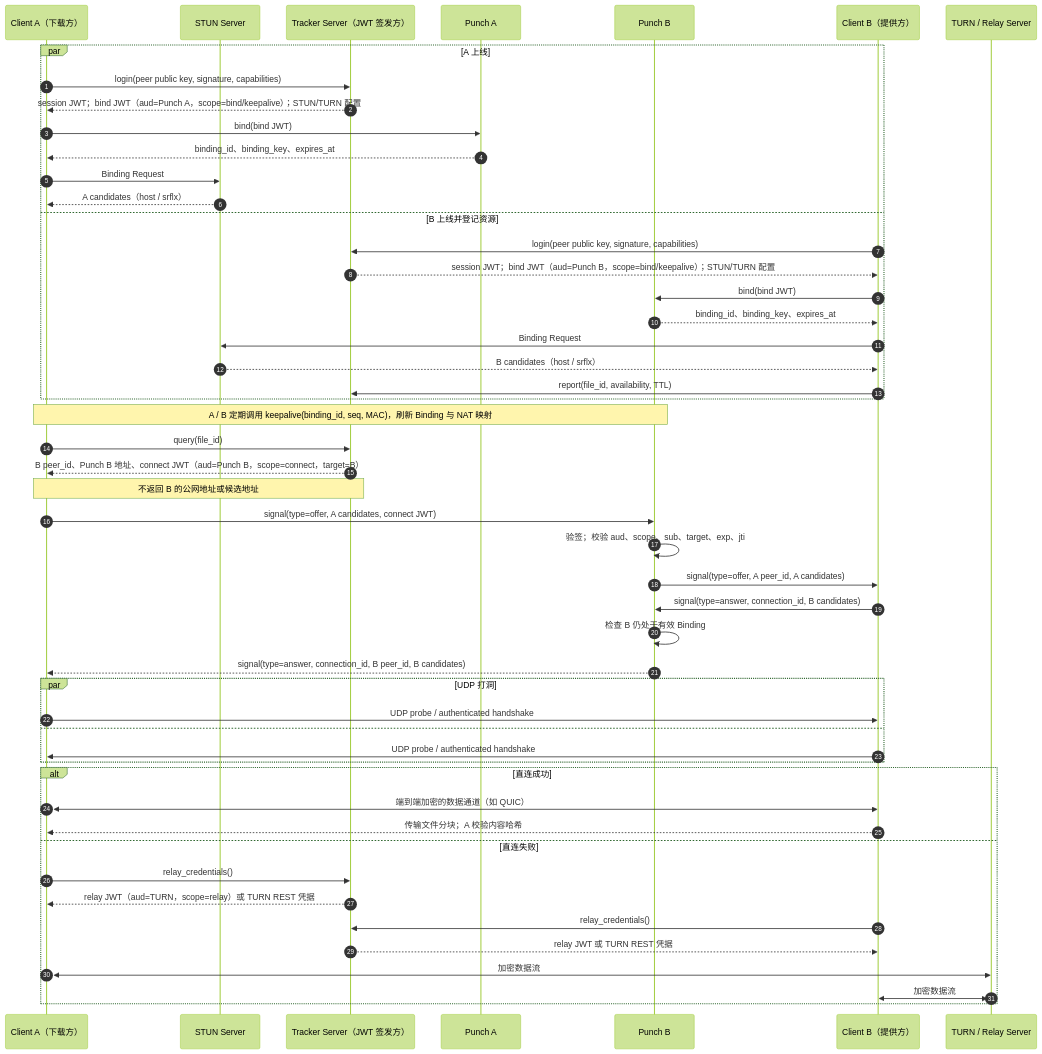
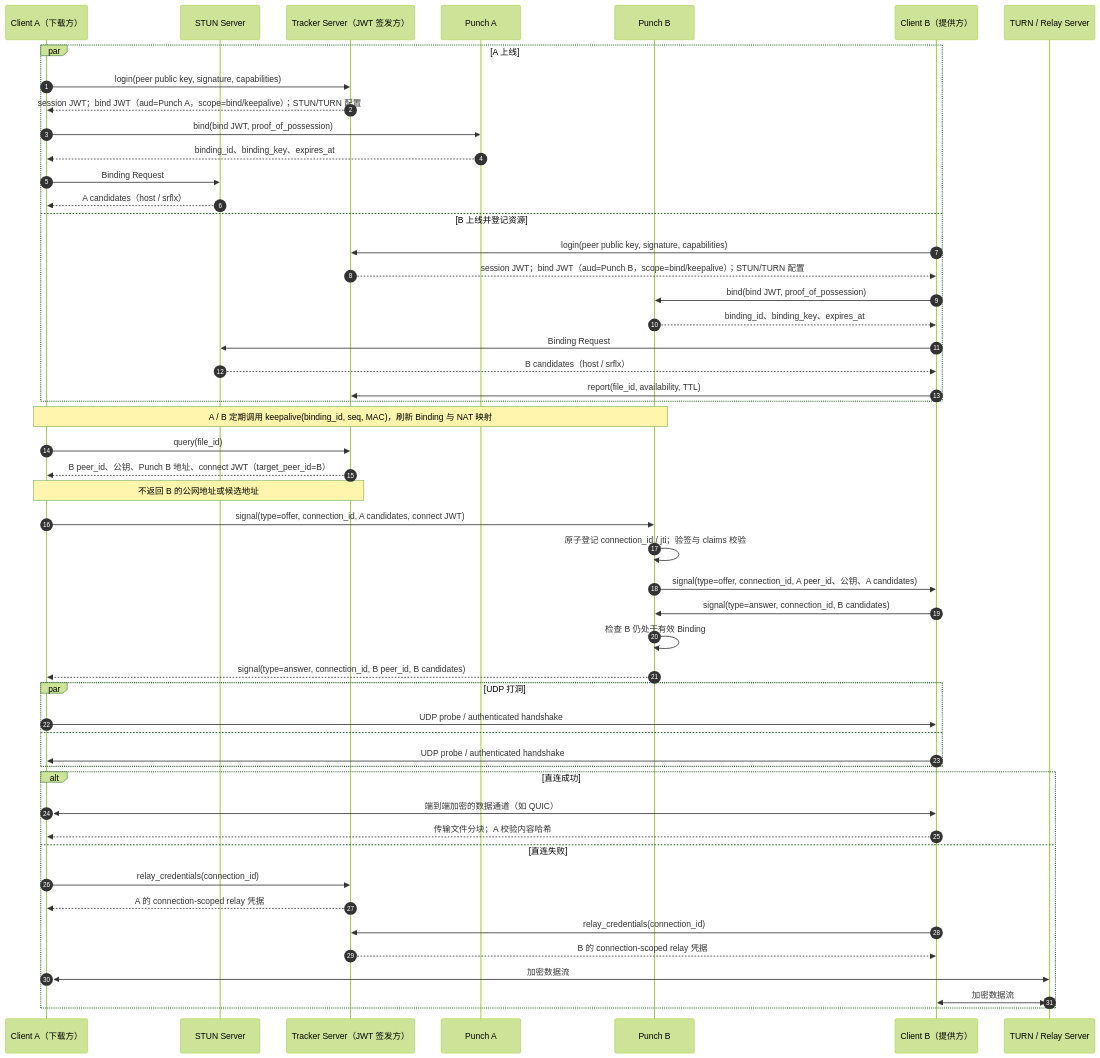
The diagram in DESIGN.md (mivinci/p2p), drawn with Mermaid (forest theme) before and after one commit. The commit also changed other lines of this file, not shown here.

````diff
--- a/DESIGN.md
+++ b/DESIGN.md
@@ -14,59 +14,59 @@
 ```mermaid
 sequenceDiagram
     autonumber
     participant A as Client A（下载方）
     participant STUN as STUN Server
     participant T as Tracker Server（JWT 签发方）
     participant PA as Punch A
     participant PB as Punch B
     participant B as Client B（提供方）
     participant TURN as TURN / Relay Server
 
     par A 上线
         A->>T: login(peer public key, signature, capabilities)
         T-->>A: session JWT；bind JWT（aud=Punch A，scope=bind/keepalive）；STUN/TURN 配置
-        A->>PA: bind(bind JWT)
+        A->>PA: bind(bind JWT, proof_of_possession)
         PA-->>A: binding_id、binding_key、expires_at
         A->>STUN: Binding Request
         STUN-->>A: A candidates（host / srflx）
     and B 上线并登记资源
         B->>T: login(peer public key, signature, capabilities)
         T-->>B: session JWT；bind JWT（aud=Punch B，scope=bind/keepalive）；STUN/TURN 配置
-        B->>PB: bind(bind JWT)
+        B->>PB: bind(bind JWT, proof_of_possession)
         PB-->>B: binding_id、binding_key、expires_at
         B->>STUN: Binding Request
         STUN-->>B: B candidates（host / srflx）
         B->>T: report(file_id, availability, TTL)
     end
 
     Note over A,PB: A / B 定期调用 keepalive(binding_id, seq, MAC)，刷新 Binding 与 NAT 映射
 
     A->>T: query(file_id)
-    T-->>A: B peer_id、Punch B 地址、connect JWT（aud=Punch B，scope=connect，target=B）
+    T-->>A: B peer_id、公钥、Punch B 地址、connect JWT（target_peer_id=B）
     Note over T,A: 不返回 B 的公网地址或候选地址
 
-    A->>PB: signal(type=offer, A candidates, connect JWT)
-    PB->>PB: 验签；校验 aud、scope、sub、target、exp、jti
-    PB->>B: signal(type=offer, A peer_id, A candidates)
+    A->>PB: signal(type=offer, connection_id, A candidates, connect JWT)
+    PB->>PB: 原子登记 connection_id / jti；验签与 claims 校验
+    PB->>B: signal(type=offer, connection_id, A peer_id、公钥、A candidates)
     B->>PB: signal(type=answer, connection_id, B candidates)
     PB->>PB: 检查 B 仍处于有效 Binding
     PB-->>A: signal(type=answer, connection_id, B peer_id, B candidates)
 
     par UDP 打洞
         A->>B: UDP probe / authenticated handshake
     and
         B->>A: UDP probe / authenticated handshake
     end
 
     alt 直连成功
         A<<->>B: 端到端加密的数据通道（如 QUIC）
         B-->>A: 传输文件分块；A 校验内容哈希
     else 直连失败
-        A->>T: relay_credentials()
-        T-->>A: relay JWT（aud=TURN，scope=relay）或 TURN REST 凭据
-        B->>T: relay_credentials()
-        T-->>B: relay JWT 或 TURN REST 凭据
+        A->>T: relay_credentials(connection_id)
+        T-->>A: A 的 connection-scoped relay 凭据
+        B->>T: relay_credentials(connection_id)
+        T-->>B: B 的 connection-scoped relay 凭据
         A<<->>TURN: 加密数据流
         TURN<<->>B: 加密数据流
     end
 ```
````
